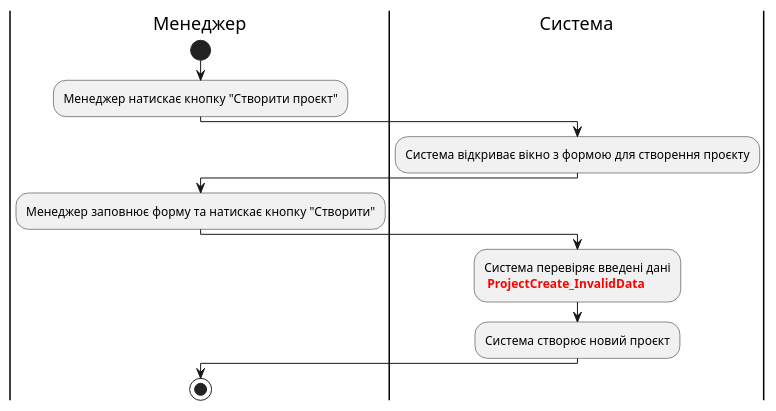
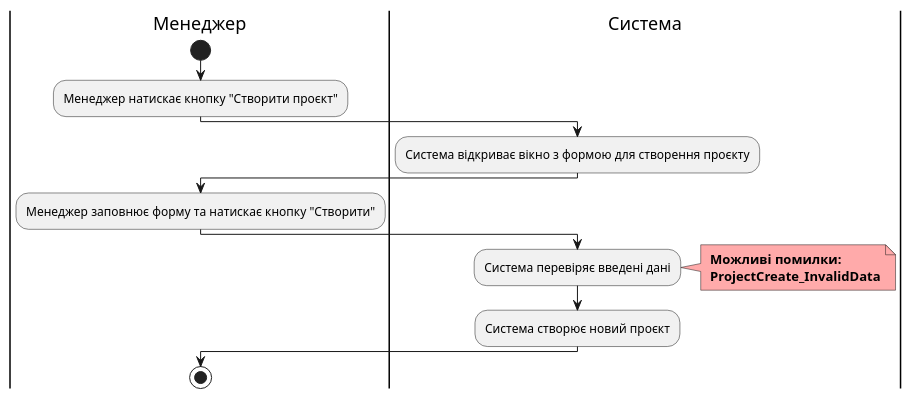
Before and after one commit to vlad13242/TaskForge: the eighth of 21 diagrams in docs/use cases/README.md, drawn with PlantUML. The commit also changed other lines of this file and 1 other file, not shown here.

Commit message:
shenge all diagram errors

```diff
--- a/docs/use cases/README.md
+++ b/docs/use cases/README.md
@@ -402,17 +412,20 @@
 @startuml
 
     |Менеджер|
     start;
     :Менеджер натискає кнопку "Створити проєкт";
     |Система|
     :Система відкриває вікно з формою для створення проєкту;
     |Менеджер|
     :Менеджер заповнює форму та натискає кнопку "Створити";
     |Система|
-    :Система перевіряє введені дані
-    <font color="red"><b> ProjectCreate_InvalidData;
+    :Система перевіряє введені дані;
+    note right #ffaaaa
+    <b> Можливі помилки:
+    <b> ProjectCreate_InvalidData
+    end note
     :Система створює новий проєкт;
     |Менеджер|
     stop;
 
 @enduml
```
